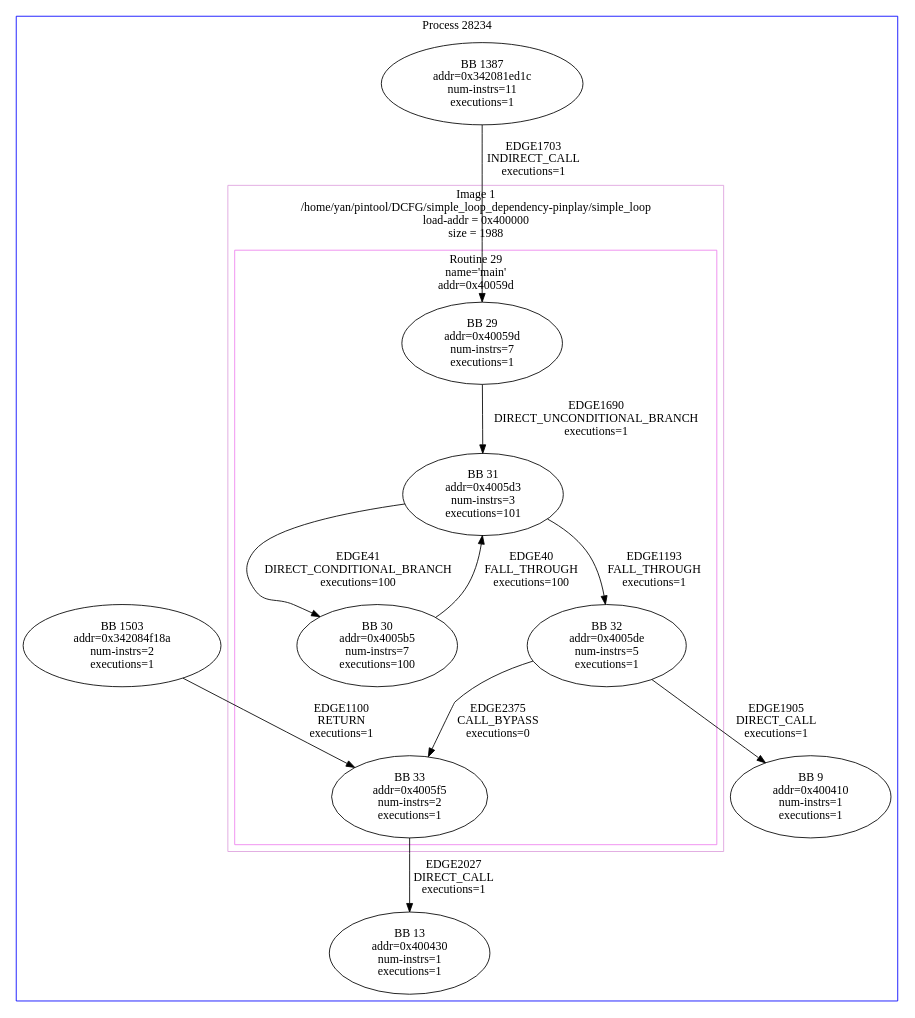
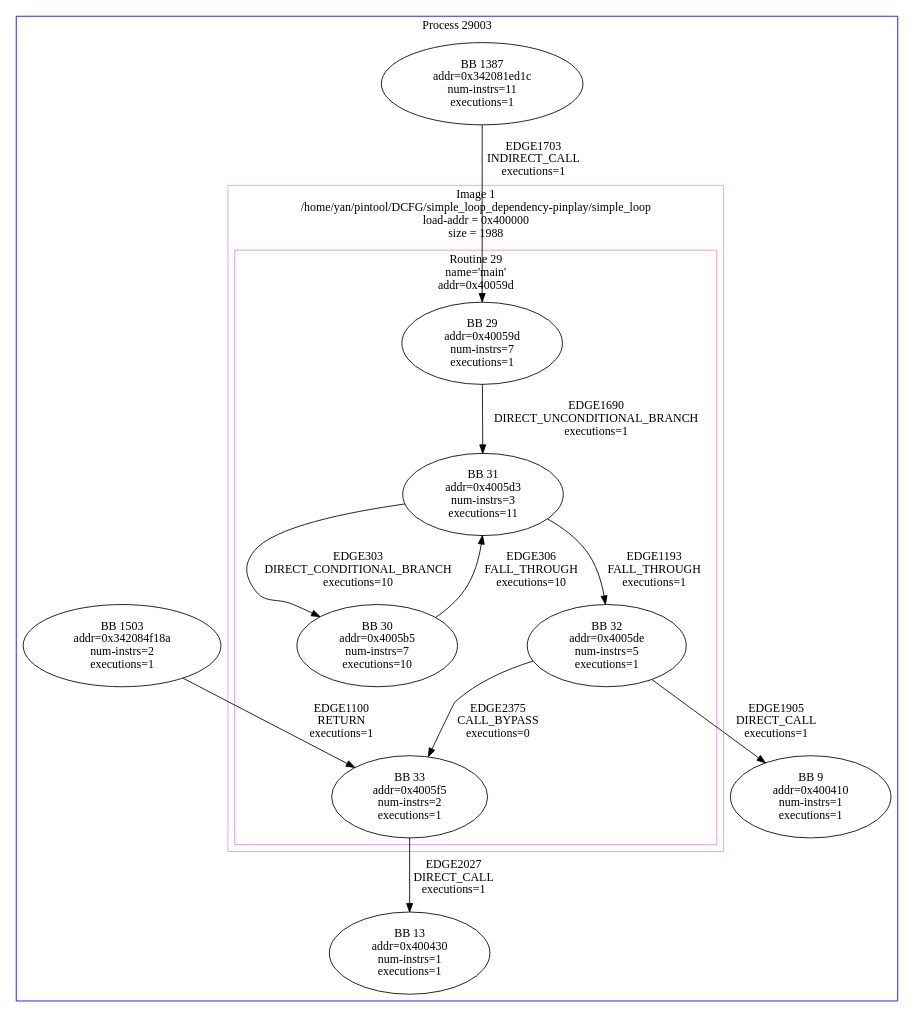
The diagram in simple_loop_dependency-pinplay/whole.dcfg.dot (passlab/DCFG), drawn with Graphviz before and after one commit. The commit also changed 42 other files, not shown here.

```diff
--- a/simple_loop_dependency-pinplay/whole.dcfg.dot
+++ b/simple_loop_dependency-pinplay/whole.dcfg.dot
@@ -1,44 +1,44 @@
 # This file is in the DOT graph-visualization language.
 # See http://www.graphviz.org for a list of programs to render the graph.
 digraph dcfg {
- subgraph cluster_pid28234 {
+ subgraph cluster_pid29003 {
   color=blue;
-  label="Process 28234";
+  label="Process 29003";
   subgraph cluster_image1 {
    color=plum;
    label="Image 1\n/home/yan/pintool/DCFG/simple_loop_dependency-pinplay/simple_loop\nload-addr = 0x400000\nsize = 1988";
   subgraph cluster_routine29 {
    color=violet;
    label="Routine 29\nname='main'\naddr=0x40059d";
    node33 [label="BB 33\naddr=0x4005f5\nnum-instrs=2\nexecutions=1"];
    node29 [label="BB 29\naddr=0x40059d\nnum-instrs=7\nexecutions=1"];
-   node30 [label="BB 30\naddr=0x4005b5\nnum-instrs=7\nexecutions=100"];
-   node31 [label="BB 31\naddr=0x4005d3\nnum-instrs=3\nexecutions=101"];
+   node30 [label="BB 30\naddr=0x4005b5\nnum-instrs=7\nexecutions=10"];
+   node31 [label="BB 31\naddr=0x4005d3\nnum-instrs=3\nexecutions=11"];
    node32 [label="BB 32\naddr=0x4005de\nnum-instrs=5\nexecutions=1"];
   }
   } /* image1 */
   subgraph cluster_image2 {
    color=plum;
    label="Image 2\n/lib64/ld-linux-x86-64.so.2\nload-addr = 0x3420000000\nsize = 129552";
   } /* image2 */
   subgraph cluster_image3 {
    color=plum;
    label="Image 3\n/lib64/libc.so.6\nload-addr = 0x3420800000\nsize = 3750152";
   } /* image3 */
 
 # Edges
 node1387 -> node29 [label="EDGE1703\nINDIRECT_CALL\nexecutions=1"];
    node1387 [label="BB 1387\naddr=0x342081ed1c\nnum-instrs=11\nexecutions=1"];
 node29 -> node31 [label="EDGE1690\nDIRECT_UNCONDITIONAL_BRANCH\nexecutions=1"];
-node30 -> node31 [label="EDGE40\nFALL_THROUGH\nexecutions=100"];
+node30 -> node31 [label="EDGE306\nFALL_THROUGH\nexecutions=10"];
 node31 -> node32 [label="EDGE1193\nFALL_THROUGH\nexecutions=1"];
-node31 -> node30 [label="EDGE41\nDIRECT_CONDITIONAL_BRANCH\nexecutions=100"];
+node31 -> node30 [label="EDGE303\nDIRECT_CONDITIONAL_BRANCH\nexecutions=10"];
 node1503 -> node33 [label="EDGE1100\nRETURN\nexecutions=1"];
    node1503 [label="BB 1503\naddr=0x342084f18a\nnum-instrs=2\nexecutions=1"];
 node32 -> node9 [label="EDGE1905\nDIRECT_CALL\nexecutions=1"];
    node9 [label="BB 9\naddr=0x400410\nnum-instrs=1\nexecutions=1"];
 node32 -> node33 [label="EDGE2375\nCALL_BYPASS\nexecutions=0"];
 node33 -> node13 [label="EDGE2027\nDIRECT_CALL\nexecutions=1"];
    node13 [label="BB 13\naddr=0x400430\nnum-instrs=1\nexecutions=1"];
- } /* pid28234 */
+ } /* pid29003 */
 }
```
